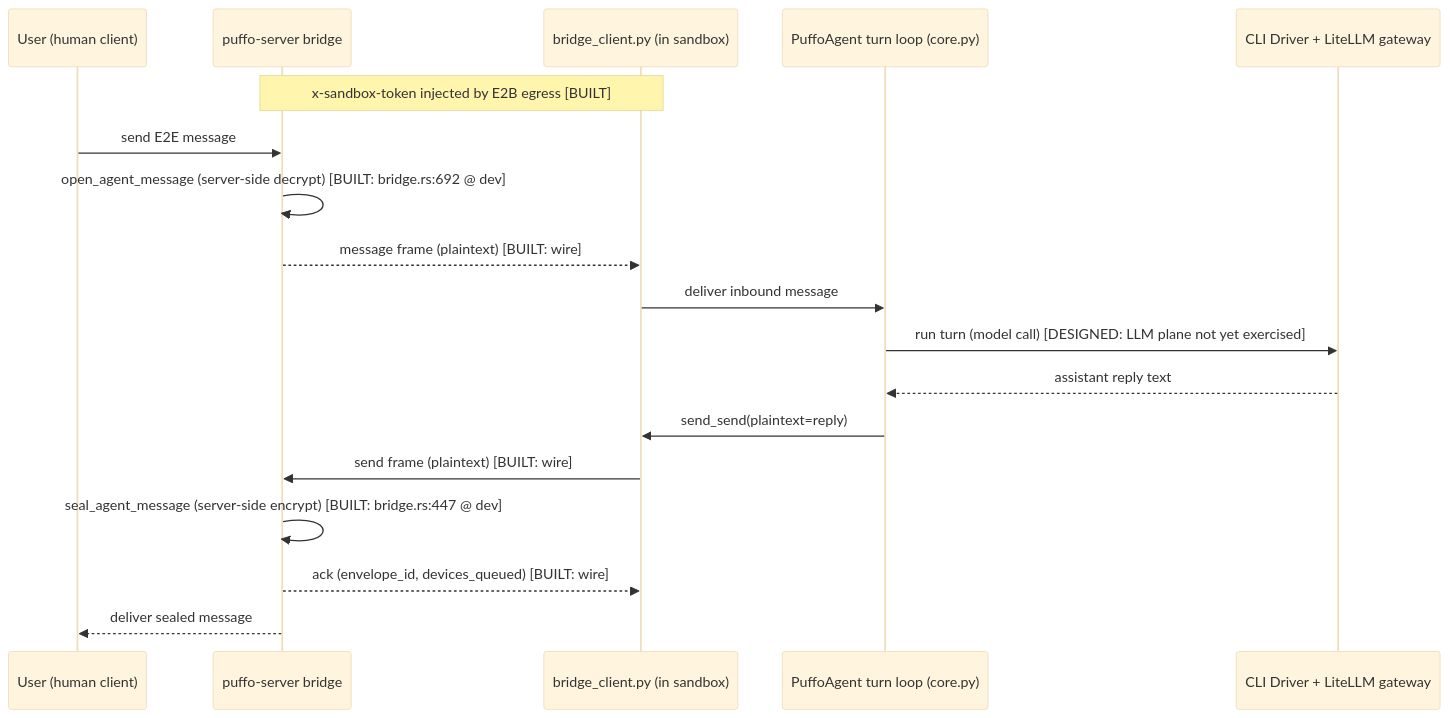
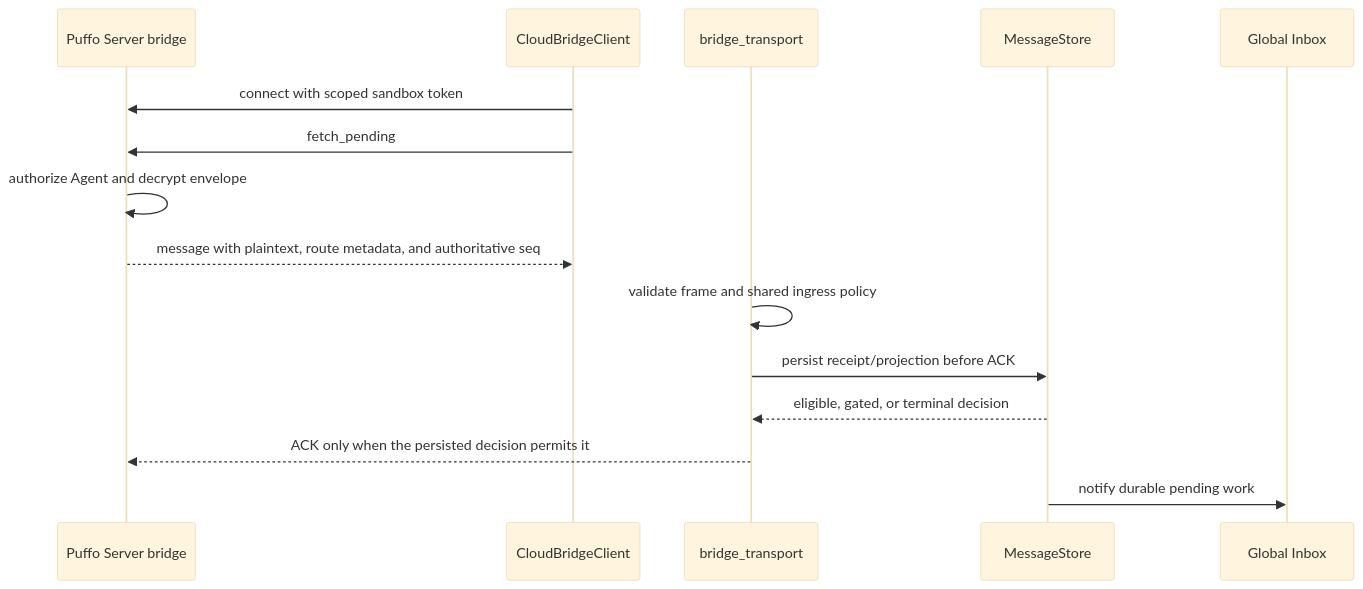
The second of 3 diagrams in docs/FAT-CLOUD-ARCHITECTURE.md (puffo-ai/puffo-agent), drawn with Mermaid (base theme) before and after one commit. The commit also changed other lines of this file and 11 other files, not shown here.

Commit message:
docs: align integrated Agent architecture and rollout

````diff
--- a/docs/FAT-CLOUD-ARCHITECTURE.md
+++ b/docs/FAT-CLOUD-ARCHITECTURE.md
@@ -363,21 +108,18 @@
 ```mermaid
 sequenceDiagram
-    participant U as User (human client)
-    participant S as puffo-server bridge
-    participant B as bridge_client.py (in sandbox)
-    participant A as PuffoAgent turn loop (core.py)
-    participant H as CLI Driver + LiteLLM gateway
+    participant S as Puffo Server bridge
+    participant B as CloudBridgeClient
+    participant P as bridge_transport
+    participant DB as MessageStore
+    participant I as Global Inbox
 
-    Note over B,S: x-sandbox-token injected by E2B egress [BUILT]
-    U->>S: send E2E message
-    S->>S: open_agent_message (server-side decrypt) [BUILT: bridge.rs:692 @ dev]
-    S-->>B: message frame (plaintext) [BUILT: wire]
-    B->>A: deliver inbound message
-    A->>H: run turn (model call) [DESIGNED: LLM plane not yet exercised]
-    H-->>A: assistant reply text
-    A->>B: send_send(plaintext=reply)
-    B->>S: send frame (plaintext) [BUILT: wire]
-    S->>S: seal_agent_message (server-side encrypt) [BUILT: bridge.rs:447 @ dev]
-    S-->>B: ack (envelope_id, devices_queued) [BUILT: wire]
-    S-->>U: deliver sealed message
+    B->>S: connect with scoped sandbox token
+    B->>S: fetch_pending
+    S->>S: authorize Agent and decrypt envelope
+    S-->>B: message with plaintext, route metadata, and authoritative seq
+    P->>P: validate frame and shared ingress policy
+    P->>DB: persist receipt/projection before ACK
+    DB-->>P: eligible, gated, or terminal decision
+    P-->>S: ACK only when the persisted decision permits it
+    DB->>I: notify durable pending work
 ```
````
